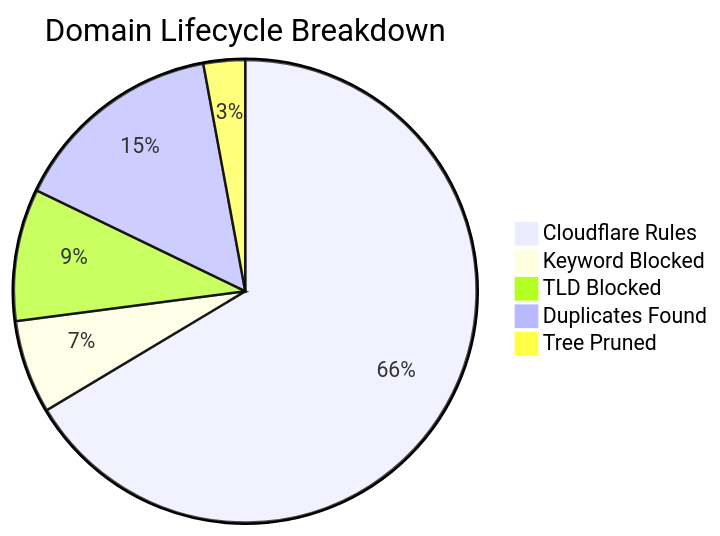
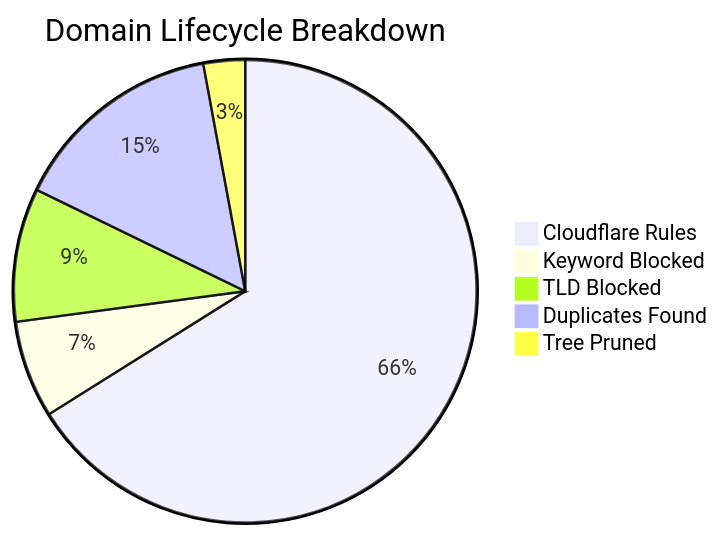
Before and after one commit to brojangles24/Cloudflare-ZeroTrust-AdBlock: the diagram in README_STATS.md, drawn with Mermaid. The commit also changed other lines of this file and 1 other file, not shown here.

````diff
--- a/README_STATS.md
+++ b/README_STATS.md
@@ -5,8 +5,8 @@
 ```mermaid
 pie title Domain Lifecycle Breakdown
-    "Cloudflare Rules" : 281122
-    "Keyword Blocked" : 27645
-    "TLD Blocked" : 39074
-    "Duplicates Found" : 63192
-    "Tree Pruned" : 12302
+    "Cloudflare Rules" : 279329
+    "Keyword Blocked" : 28725
+    "TLD Blocked" : 39375
+    "Duplicates Found" : 62926
+    "Tree Pruned" : 12298
 ```
````
